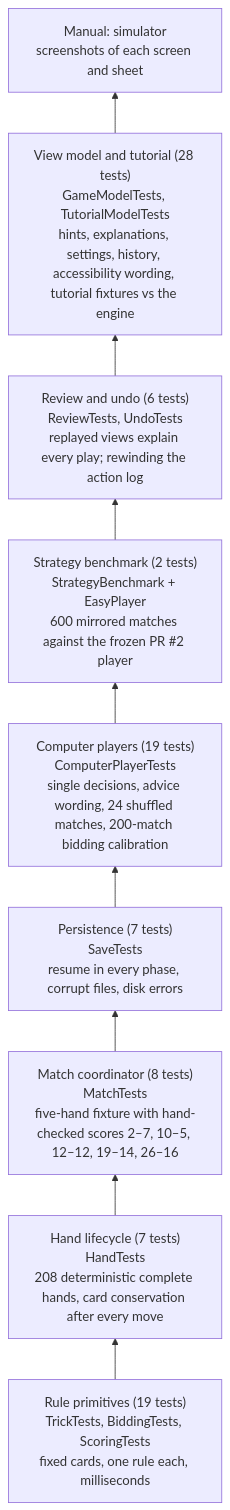
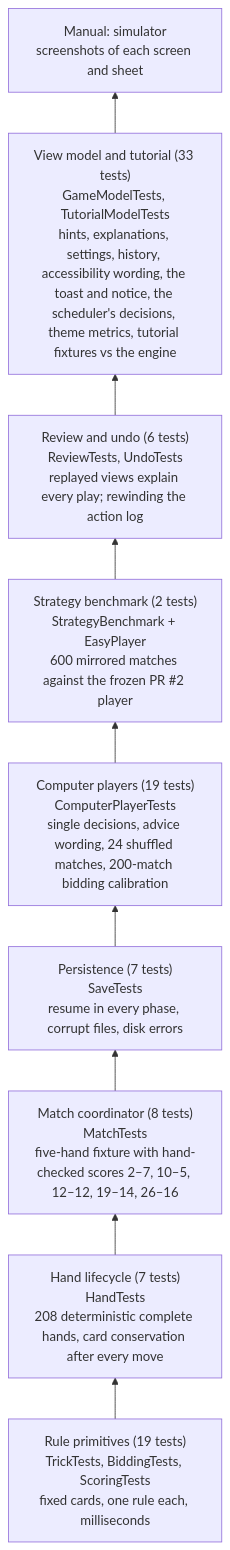
One commit to cmurphy1140/catch-5 changed the first of 2 diagrams in docs/testing.md. Above: the diagram before and after it, drawn with Mermaid. The commit also changed other lines of this file and 27 other files, not shown here.

````diff
--- a/docs/testing.md
+++ b/docs/testing.md
@@ -40,13 +40,13 @@
 ```mermaid
 flowchart BT
     L1["Rule primitives (19 tests)<br/>TrickTests, BiddingTests, ScoringTests<br/>fixed cards, one rule each, milliseconds"]
     L2["Hand lifecycle (7 tests)<br/>HandTests<br/>208 deterministic complete hands, card conservation after every move"]
     L3["Match coordinator (8 tests)<br/>MatchTests<br/>five-hand fixture with hand-checked scores 2–7, 10–5, 12–12, 19–14, 26–16"]
     L4["Persistence (7 tests)<br/>SaveTests<br/>resume in every phase, corrupt files, disk errors"]
     L5["Computer players (19 tests)<br/>ComputerPlayerTests<br/>single decisions, advice wording, 24 shuffled matches, 200-match bidding calibration"]
     L5b["Strategy benchmark (2 tests)<br/>StrategyBenchmark + EasyPlayer<br/>600 mirrored matches against the frozen PR #2 player"]
     L5c["Review and undo (6 tests)<br/>ReviewTests, UndoTests<br/>replayed views explain every play; rewinding the action log"]
-    L6["View model and tutorial (28 tests)<br/>GameModelTests, TutorialModelTests<br/>hints, explanations, settings, history, accessibility wording, tutorial fixtures vs the engine"]
+    L6["View model and tutorial (33 tests)<br/>GameModelTests, TutorialModelTests<br/>hints, explanations, settings, history, accessibility wording, the toast and notice, the scheduler's decisions, theme metrics, tutorial fixtures vs the engine"]
     L7["Manual: simulator<br/>screenshots of each screen and sheet"]
     L1 --> L2 --> L3 --> L4 --> L5 --> L5b --> L5c --> L6 --> L7
 ```
````
